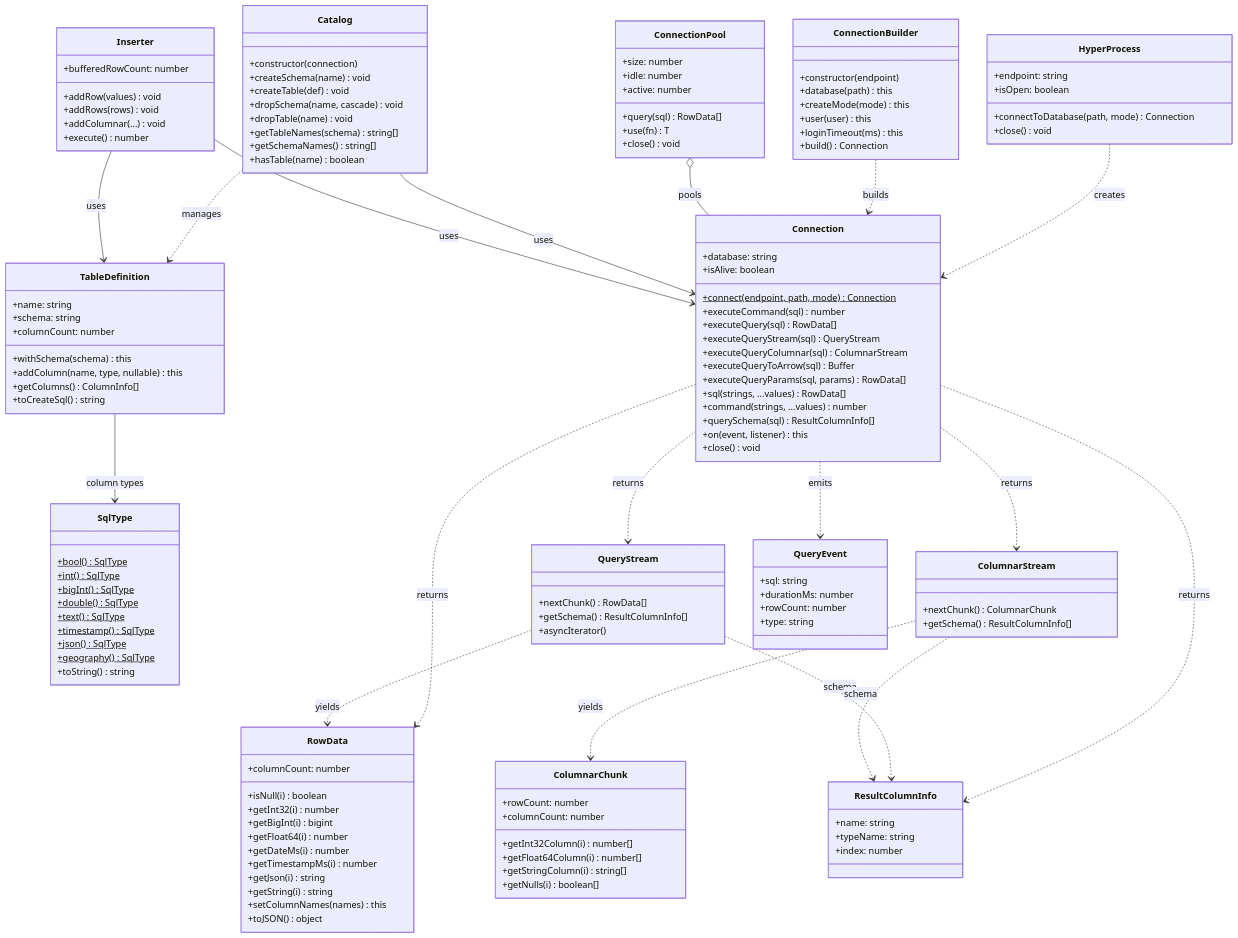
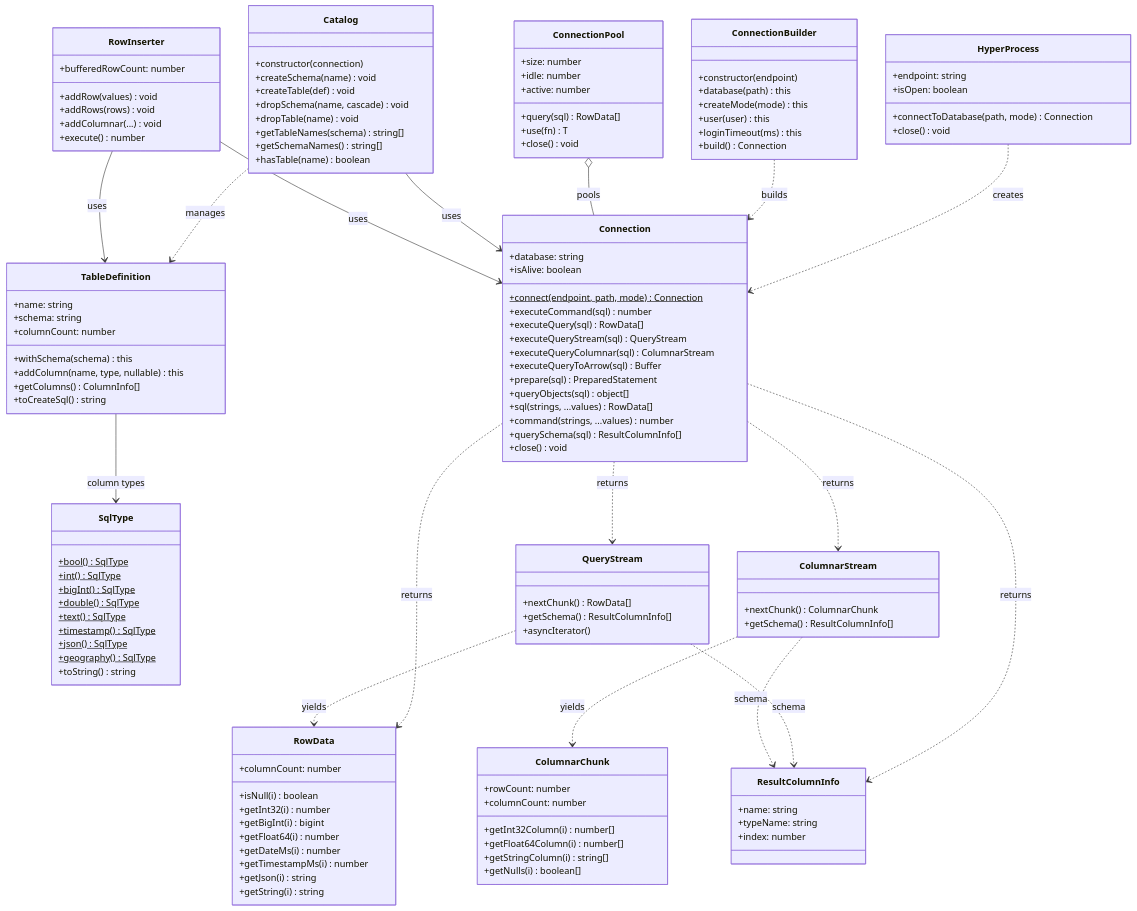
Before and after one commit to StefanSteiner/hyper-api-rust: the diagram in hyperdb-api-node/DEVELOPMENT.md, drawn with Mermaid. The commit also changed other lines of this file and 269 other files, not shown here.

```diff
--- a/hyperdb-api-node/DEVELOPMENT.md
+++ b/hyperdb-api-node/DEVELOPMENT.md
@@ -57,11 +56,11 @@
         +executeQueryStream(sql) QueryStream
         +executeQueryColumnar(sql) ColumnarStream
         +executeQueryToArrow(sql) Buffer
-        +executeQueryParams(sql, params) RowData[]
+        +prepare(sql) PreparedStatement
+        +queryObjects(sql) object[]
         +sql(strings, ...values) RowData[]
         +command(strings, ...values) number
         +querySchema(sql) ResultColumnInfo[]
-        +on(event, listener) this
         +close() void
     }
 
@@ -116,7 +115,7 @@
         +toString() string
     }
 
-    class Inserter {
+    class RowInserter {
         +bufferedRowCount: number
         +addRow(values) void
         +addRows(rows) void
@@ -145,8 +144,6 @@
         +getTimestampMs(i) number
         +getJson(i) string
         +getString(i) string
-        +setColumnNames(names) this
-        +toJSON() object
     }
 
     class ColumnarChunk {
@@ -164,13 +161,6 @@
         +index: number
     }
 
-    class QueryEvent {
-        +sql: string
-        +durationMs: number
-        +rowCount: number
-        +type: string
-    }
-
     HyperProcess ..> Connection : creates
     ConnectionBuilder ..> Connection : builds
     ConnectionPool o-- Connection : pools
@@ -179,13 +169,12 @@
     Connection ..> ColumnarStream : returns
     Connection ..> RowData : returns
     Connection ..> ResultColumnInfo : returns
-    Connection ..> QueryEvent : emits
 
     Catalog --> Connection : uses
     Catalog ..> TableDefinition : manages
 
-    Inserter --> Connection : uses
-    Inserter --> TableDefinition : uses
+    RowInserter --> Connection : uses
+    RowInserter --> TableDefinition : uses
 
     TableDefinition --> SqlType : column types
 
```
